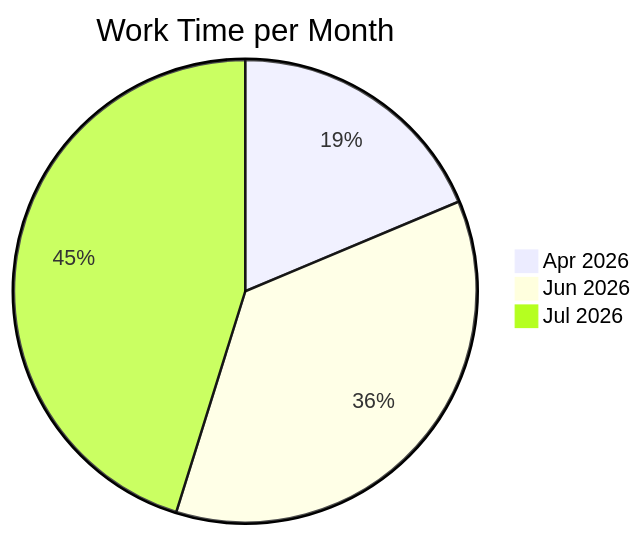
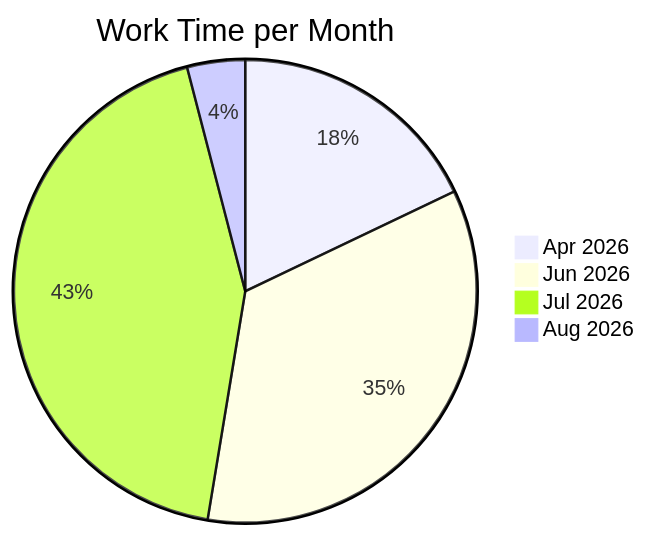
The diagram in README.md (notWetro/time-tracker), drawn with Mermaid before and after one commit. The commit also changed other lines of this file and 1 other file, not shown here.

Commit message:
updated worktime

````diff
--- a/README.md
+++ b/README.md
@@ -11,7 +12,8 @@
 ```mermaid
 pie
     title Work Time per Month
     "Apr 2026" : 3.1
     "Jun 2026" : 6.0
     "Jul 2026" : 7.5
+    "Aug 2026" : 0.7
 ```
````
